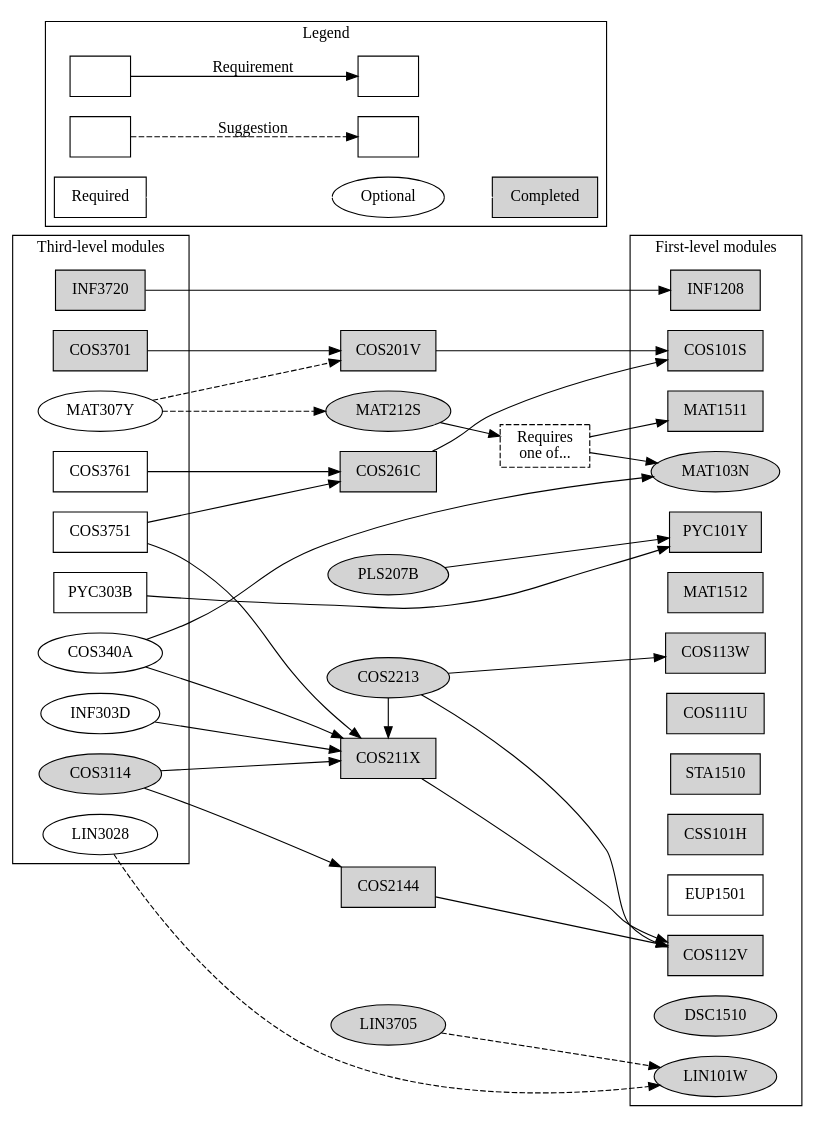
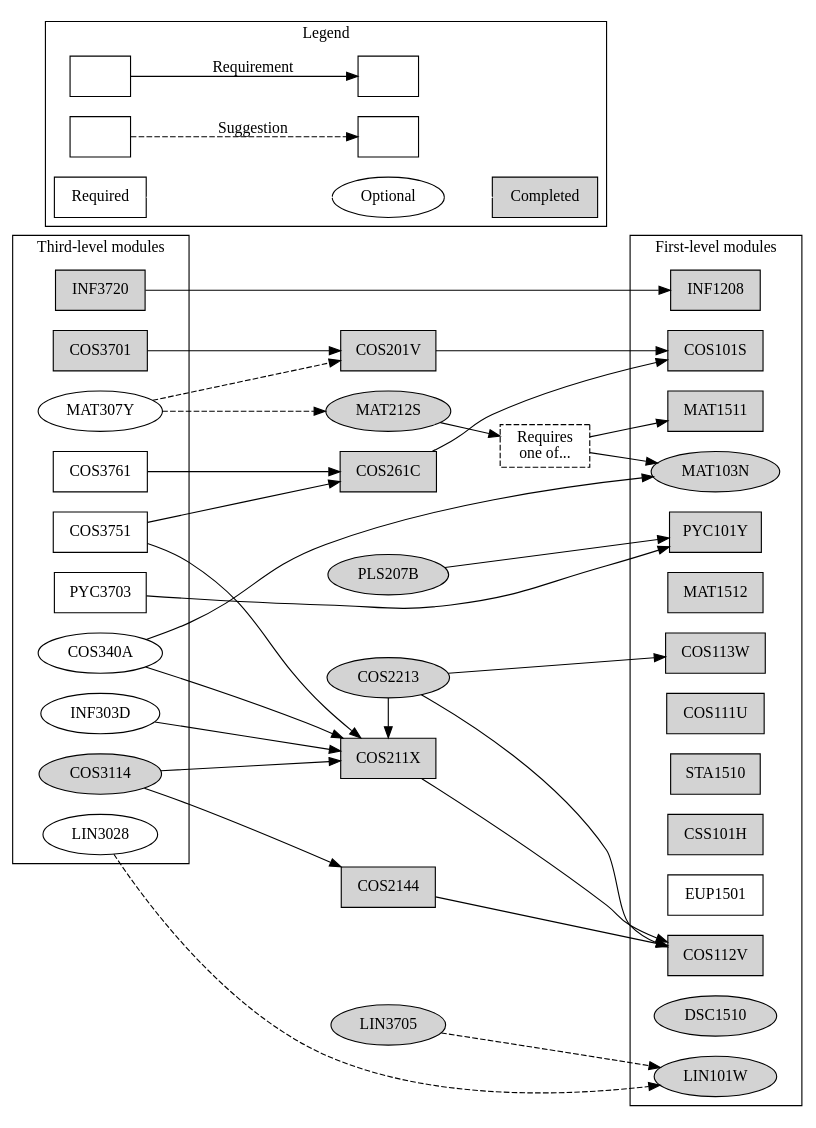
One commit to apauley/unisa-module-graph changed the diagram in ComputationalIntelligence.dot. Above: the diagram before and after it, drawn with Graphviz. The commit also changed 1 other file, not shown here.

Commit message:
Rename Psychology 3 to PYC3703

```diff
--- a/ComputationalIntelligence.dot
+++ b/ComputationalIntelligence.dot
@@ -1,89 +1,89 @@
 digraph ComputationalIntelligence {
     node [shape=box];
     rankdir=LR;
 
     subgraph cluster3 {
         label = "Third-level modules";
 
         {rank=same;
         COS3701 [style=filled]
         INF3720 [style=filled]
         COS3751
         COS3761
-        PYC303B}
+        PYC3703}
 
         {rank=same; node [shape=ellipse];
         COS3114 [style=filled]
         MAT307Y COS340A
         INF303D
         LIN3028}
     }
 
     {rank=same; node [style=filled];
     COS201V COS211X COS261C COS2144}
 
     {rank=same; node [style=filled]; node [shape=ellipse];
     PLS207B MAT212S COS2213 LIN3705}
 
     MAT103OR151 [label="Requires\none of...", style=dashed];
 
     subgraph cluster1 {
         label = "First-level modules";
 
         {rank=same;
         {node [style=filled];
               COS101S COS112V COS113W INF1208 MAT1511 MAT1512
               PYC101Y COS111U STA1510 CSS101H}
         EUP1501}
 
         {rank=same; node [shape=ellipse];
             {node [style=filled];
                 MAT103N DSC1510 LIN101W}}
     }
 
 
     subgraph cluster0 {
         rankdir=LR;
         label = "Legend";
 
         Module1 [label=""];
         Module2 [label=""];
         Module3 [label=""];
         Module4 [label=""];
         Module2 -> Module1 [label="Requirement"]
         Module4 -> Module3 [label="Suggestion", style=dashed]
 
         Required;
         Completed [style=filled];
         Optional [shape=ellipse];
         Required -> Optional [color=white];
         Optional -> Completed [color=white];
     }
 
 
     COS3701 -> {COS201V}
     INF3720 -> {INF1208}
     COS3751 -> {COS211X COS261C}
     COS3761 -> {COS261C}
-    PYC303B -> {PYC101Y}
+    PYC3703 -> {PYC101Y}
 
     COS3114 -> {COS211X COS2144}
     MAT307Y -> {MAT212S COS201V} [style=dashed]
     INF303D -> {COS211X}
     LIN3028 -> {LIN101W} [style=dashed]
     COS340A -> {COS211X MAT103N}
 
 
     COS201V -> {COS101S}
     COS211X -> {COS112V}
     COS261C -> {COS101S}
     COS2144 -> {COS112V}
 
     {rank=same; COS2213 COS211X}
     COS2213 -> {COS112V COS113W}
     COS2213 -> {COS211X}
     MAT212S -> {MAT103OR151}
     MAT103OR151 -> {MAT103N MAT1511}
     LIN3705 -> {LIN101W} [style=dashed]
     PLS207B -> {PYC101Y}
 }
```
